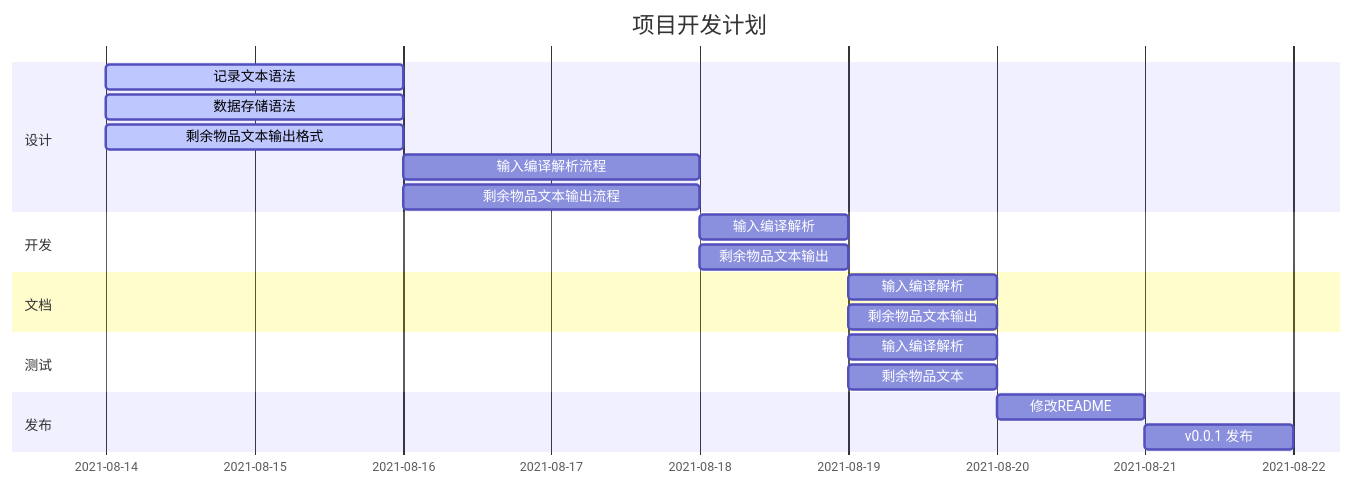
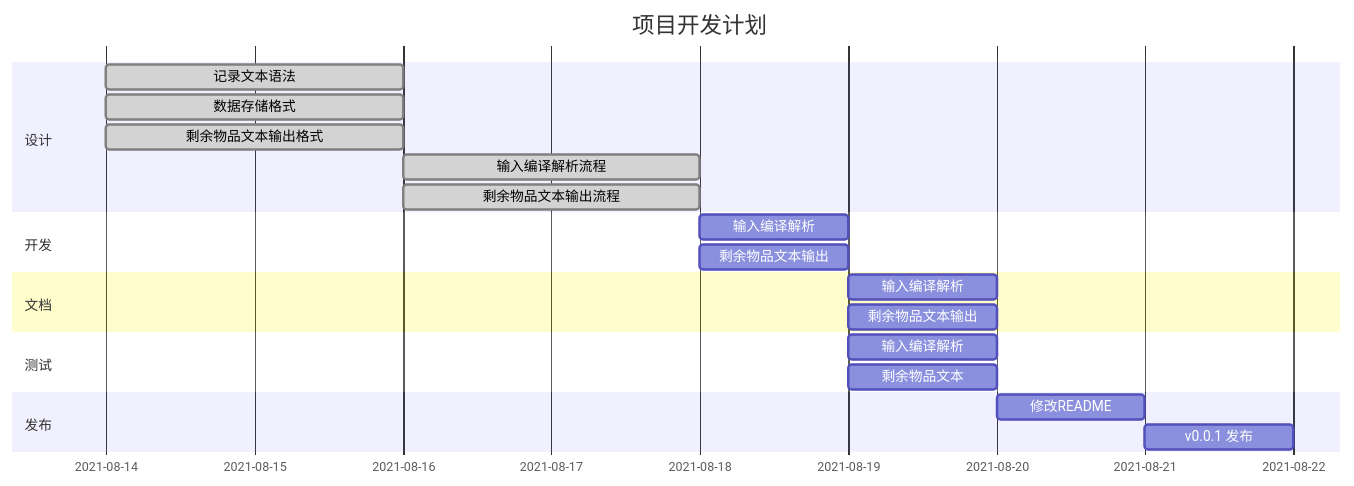
One commit to w158rk/PWMS changed the diagram in docs/schedules/index.md. Above: the diagram before and after it, drawn with Mermaid. The commit also changed 14 other files, not shown here.

````diff
--- a/docs/schedules/index.md
+++ b/docs/schedules/index.md
@@ -3,30 +3,29 @@
 ```mermaid
 gantt
     dateFormat  YYYY-MM-DD
     title       项目开发计划
 
     section 设计
-    %% Completed task            :done,       des1, 2014-01-06,2014-01-08
-    记录文本语法                    :active,    syntax, 2021-08-14, 2d
-    数据存储语法                    :active,    ds, 2021-08-14, 2d
-    剩余物品文本输出格式              :active,    textout, 2021-08-14, 2d
-    输入编译解析流程                :            proc-compile, after syntax, 2d
-    剩余物品文本输出流程             :           proc-textout, after textout, 2d
+    记录文本语法                    :done,    syntax, 2021-08-14, 2d
+    数据存储格式                    :done,    ds, 2021-08-14, 2d
+    剩余物品文本输出格式              :done,    textout, 2021-08-14, 2d
+    输入编译解析流程                :done,     proc-compile, after syntax, 2d
+    剩余物品文本输出流程             :done,     proc-textout, after textout, 2d
 
     section 开发
     输入编译解析                :         dev-compile, after proc-compile, 1d
     剩余物品文本输出             :         dev-textout, after proc-textout, 1d
 
     section 文档
     输入编译解析             :         doc-compile, after dev-compile, 1d
     剩余物品文本输出          :         doc-textout, after dev-textout, 1d
 
     section 测试
     输入编译解析             :         test-compile, after dev-compile, 1d
     剩余物品文本             :         test-textout, after dev-textout, 1d
 
     section 发布
     修改README          :   readme, after test-compile, 1d
     v0.0.1 发布         :   v0.0.1, after readme, 1d
 
 ```
````
